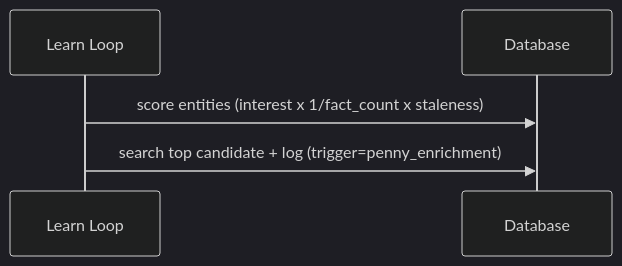
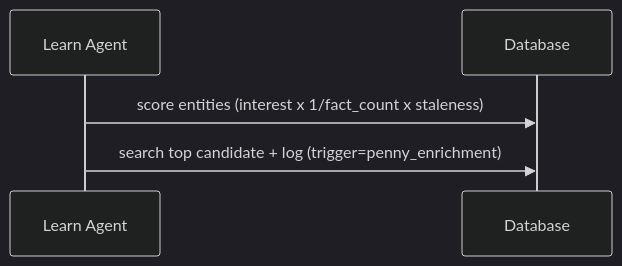
Before and after one commit to jaredlockhart/penny: the third of 11 diagrams in docs/knowledge-system-flows.md, drawn with Mermaid (dark theme). The commit also changed 15 other files, not shown here.

First line of the commit message:
refactor: rename LearnLoopAgent to LearnAgent

````diff
--- a/docs/knowledge-system-flows.md
+++ b/docs/knowledge-system-flows.md
@@ -35,8 +35,8 @@
 ```mermaid
 sequenceDiagram
-    participant LL as Learn Loop
+    participant LL as Learn Agent
     participant DB as Database
 
     LL->>DB: score entities (interest x 1/fact_count x staleness)
     LL->>DB: search top candidate + log (trigger=penny_enrichment)
 ```
````
